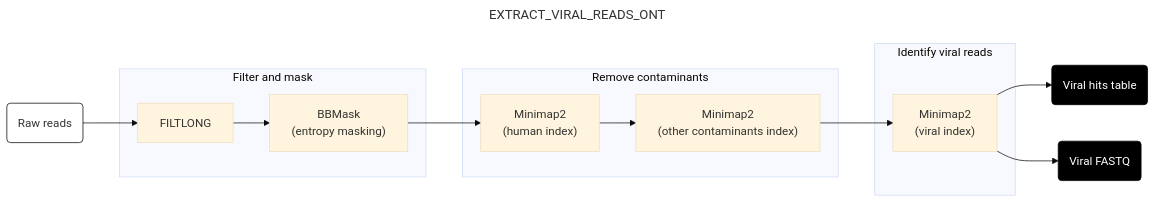
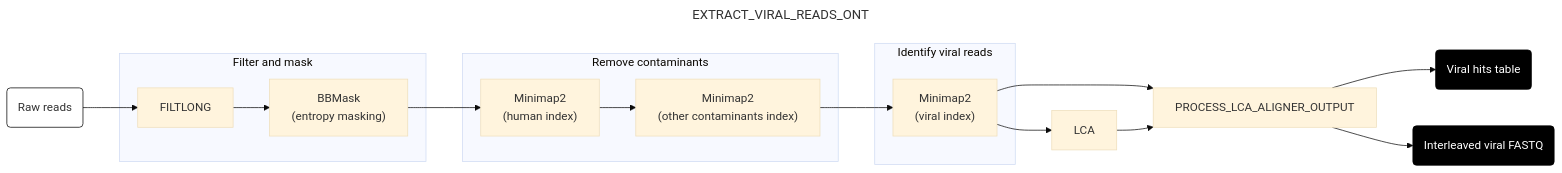
Before and after one commit to naobservatory/mgs-workflow: the seventh of 10 diagrams in docs/run.md, drawn with Mermaid (base theme). The commit also changed other lines of this file and 118 other files, not shown here.

````diff
--- a/docs/run.md
+++ b/docs/run.md
@@ -221,30 +251,33 @@
 ```mermaid
 ---
 title: EXTRACT_VIRAL_READS_ONT
 config:
   layout: horizontal
 ---
 flowchart LR
 A(Raw reads) --> B[FILTLONG]
 B --> C["BBMask <br> (entropy masking)"]
 C --> D["Minimap2 <br> (human index)"]
 D --> E["Minimap2 <br> (other contaminants index)"]
 E --> F["Minimap2 <br> (viral index)"]
-F --> G(Viral hits table)
-F --> H(Viral FASTQ)
+F --> G[LCA]
+F --> H
+G --> H[PROCESS_LCA_ALIGNER_OUTPUT]
+H --> I(Viral hits table)
+H --> J(Interleaved viral FASTQ)
 
 subgraph "Filter and mask"
 B
 C
 end
 subgraph "Remove contaminants"
 D
 E
 end
 subgraph "Identify viral reads"
 F
 end
 style A fill:#fff,stroke:#000
-style G fill:#000,color:#fff,stroke:#000
-style H fill:#000,color:#fff,stroke:#000
+style I fill:#000,color:#fff,stroke:#000
+style J fill:#000,color:#fff,stroke:#000
 ```
````
